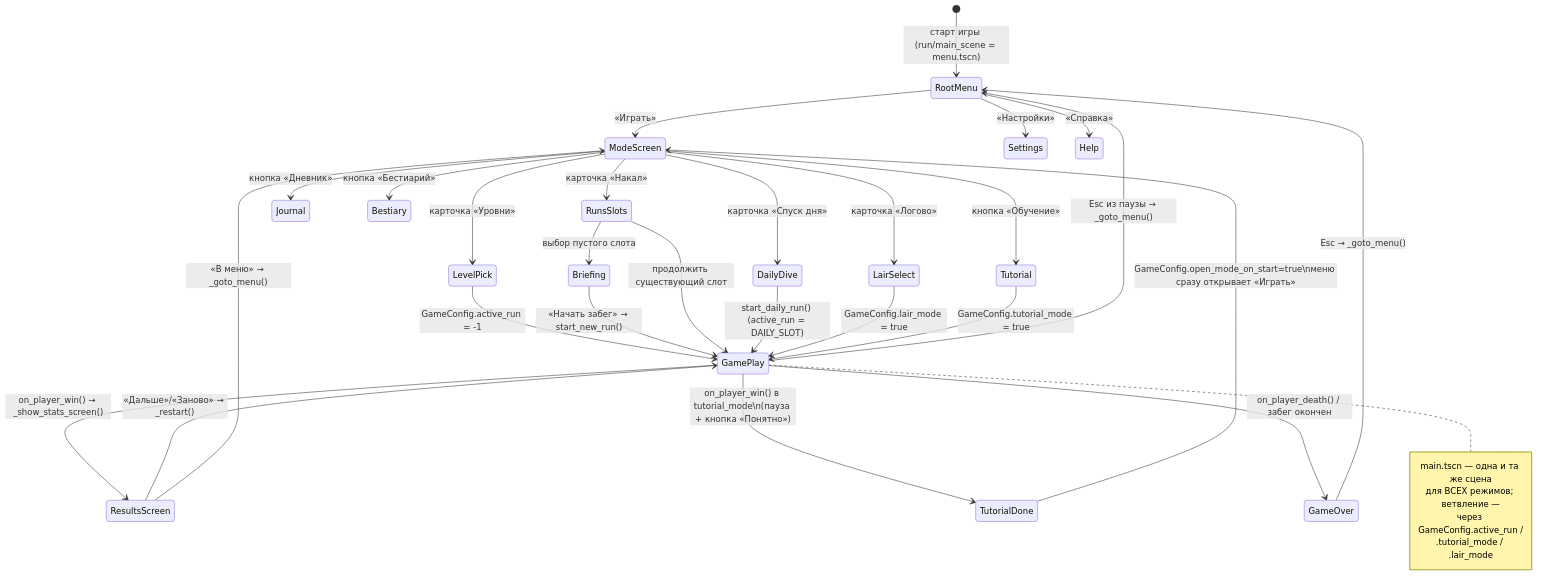
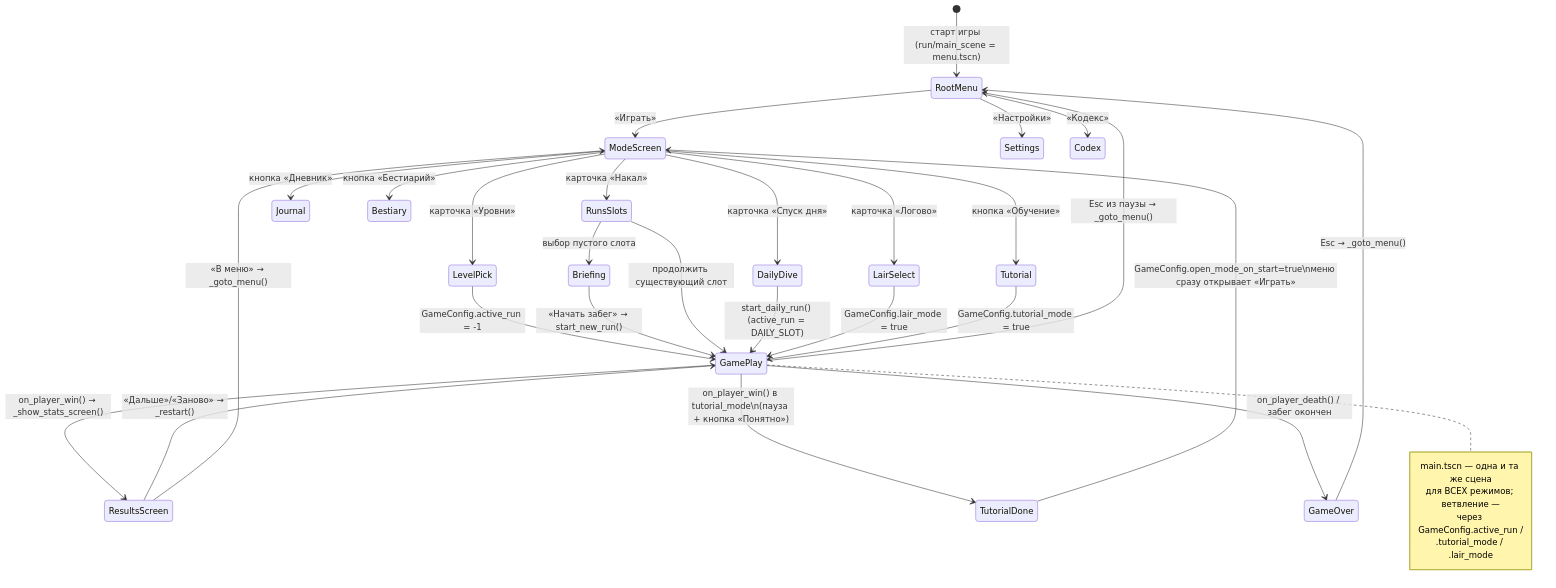
The second of 8 diagrams in ARCHITECTURE.md (gish4ik1985-crypto/maze-off), drawn with Mermaid before and after one commit. The commit also changed other lines of this file and 9 other files, not shown here.

````diff
--- a/ARCHITECTURE.md
+++ b/ARCHITECTURE.md
@@ -77,41 +77,41 @@
 ```mermaid
 stateDiagram-v2
     [*] --> RootMenu: старт игры (run/main_scene = menu.tscn)
 
     RootMenu --> ModeScreen: «Играть»
     RootMenu --> Settings: «Настройки»
-    RootMenu --> Help: «Справка»
+    RootMenu --> Codex: «Кодекс»
 
     ModeScreen --> LevelPick: карточка «Уровни»
     ModeScreen --> RunsSlots: карточка «Накал»
     ModeScreen --> DailyDive: карточка «Спуск дня»
     ModeScreen --> LairSelect: карточка «Логово»
     ModeScreen --> Tutorial: кнопка «Обучение»
     ModeScreen --> Journal: кнопка «Дневник»
     ModeScreen --> Bestiary: кнопка «Бестиарий»
 
     LevelPick --> GamePlay: GameConfig.active_run = -1
     RunsSlots --> Briefing: выбор пустого слота
     Briefing --> GamePlay: «Начать забег» → start_new_run()
     RunsSlots --> GamePlay: продолжить существующий слот
     DailyDive --> GamePlay: start_daily_run() (active_run = DAILY_SLOT)
     LairSelect --> GamePlay: GameConfig.lair_mode = true
     Tutorial --> GamePlay: GameConfig.tutorial_mode = true
 
     GamePlay --> ResultsScreen: on_player_win() → _show_stats_screen()
     GamePlay --> TutorialDone: on_player_win() в tutorial_mode\n(пауза + кнопка «Понятно»)
     GamePlay --> GameOver: on_player_death() / забег окончен
     GamePlay --> RootMenu: Esc из паузы → _goto_menu()
 
     ResultsScreen --> GamePlay: «Дальше»/«Заново» → _restart()
     ResultsScreen --> ModeScreen: «В меню» → _goto_menu()
     TutorialDone --> ModeScreen: GameConfig.open_mode_on_start=true\nменю сразу открывает «Играть»
     GameOver --> RootMenu: Esc → _goto_menu()
 
     note right of GamePlay
         main.tscn — одна и та же сцена
         для ВСЕХ режимов; ветвление —
         через GameConfig.active_run /
         .tutorial_mode / .lair_mode
     end note
 ```
````
